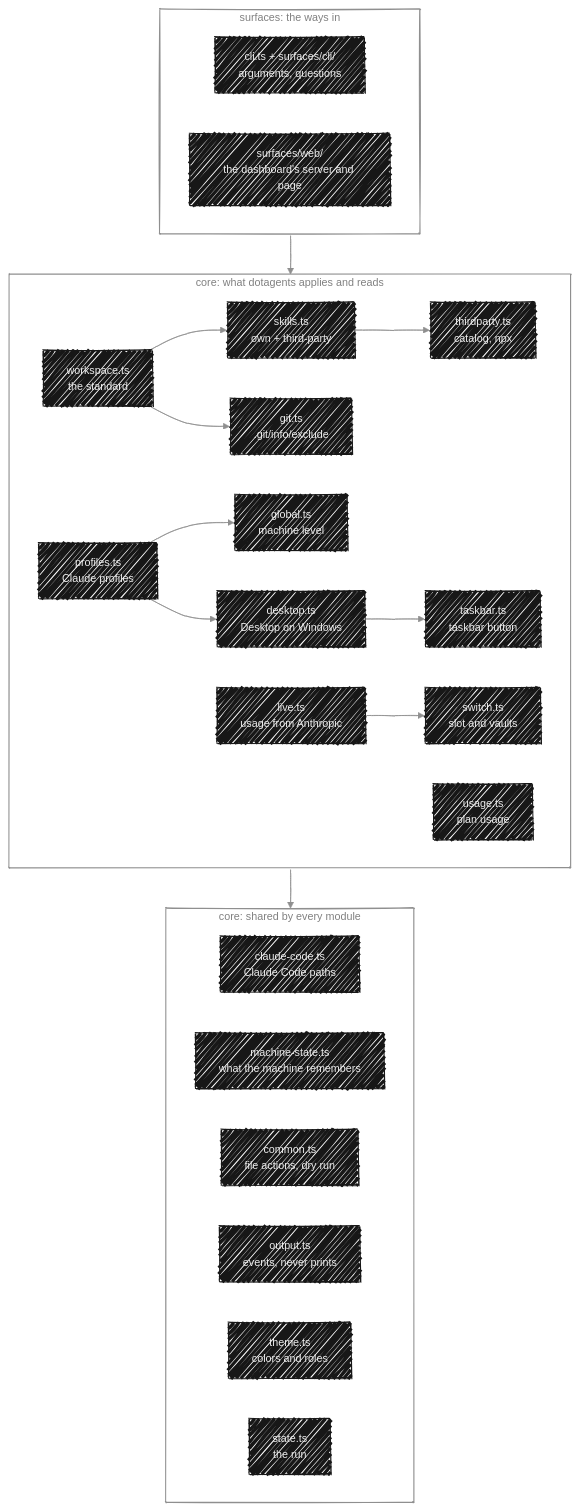
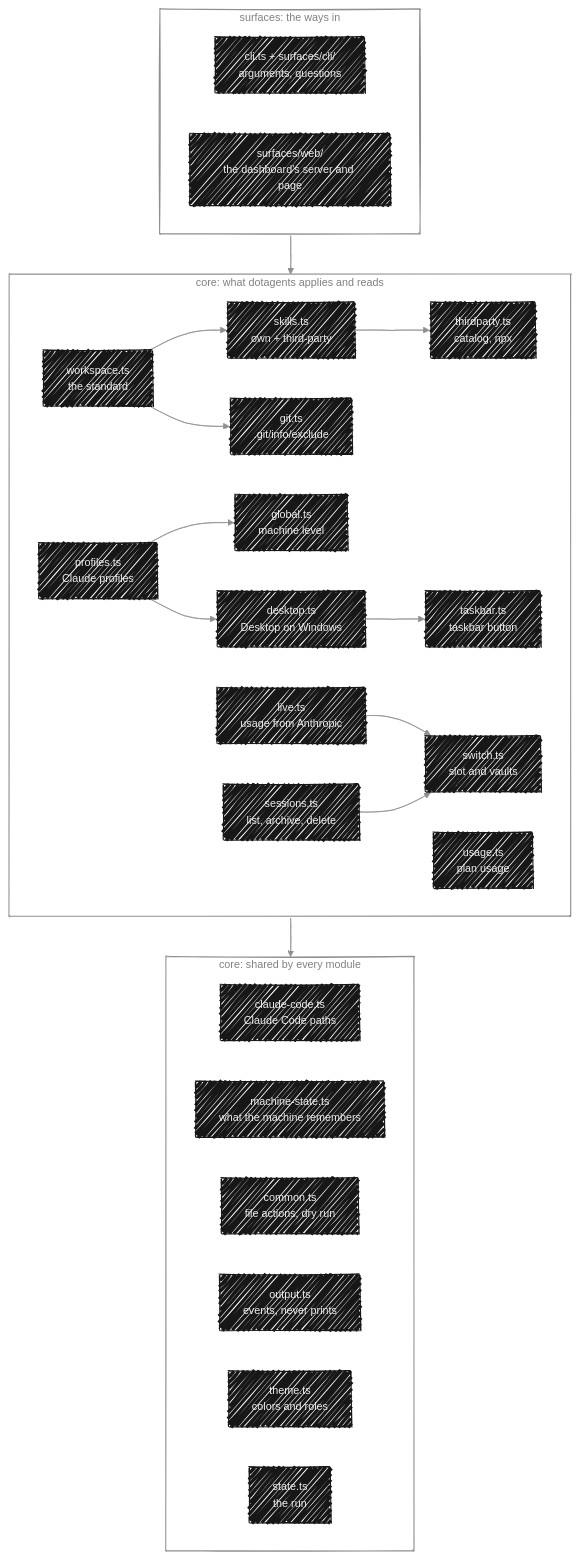
The diagram in docs/architecture.md (dotagents-org/dotagents-core), drawn with Mermaid before and after one commit. The commit also changed other lines of this file and 9 other files, not shown here.

Commit message:
✨ feat(sessions): list sessions on both sides and delete them after archiving

````diff
--- a/docs/architecture.md
+++ b/docs/architecture.md
@@ -36,31 +36,32 @@
 ```mermaid
 %%{init: {"look": "handDrawn", "handDrawnSeed": 3, "theme": "base", "themeVariables": {"fontFamily": "Geist Mono, ui-monospace, SFMono-Regular, Menlo, Consolas, monospace", "fontSize": "14px", "primaryColor": "#171717", "primaryTextColor": "#ededed", "primaryBorderColor": "#171717", "lineColor": "#8f8f8f", "textColor": "#171717", "edgeLabelBackground": "#ededed", "clusterBkg": "transparent", "clusterBorder": "#8f8f8f", "titleColor": "#808080"}}}%%
 flowchart TB
     subgraph surfaces["surfaces: the ways in"]
         direction LR
         cli["cli.ts + surfaces/cli/<br/>arguments, questions"]
         web["surfaces/web/<br/>the dashboard's server and page"]
     end
 
     subgraph features["core: what dotagents applies and reads"]
         direction LR
         workspace["workspace.ts<br/>the standard"] --> skills["skills.ts<br/>own + third-party"] --> thirdparty["thirdparty.ts<br/>catalog, npx"]
         workspace --> git["git.ts<br/>.git/info/exclude"]
         profiles["profiles.ts<br/>Claude profiles"] --> global["global.ts<br/>machine level"]
         profiles --> desktop["desktop.ts<br/>Desktop on Windows"] --> taskbar["taskbar.ts<br/>taskbar button"]
         usage["usage.ts<br/>plan usage"]
         live["live.ts<br/>usage from Anthropic"] --> switch["switch.ts<br/>slot and vaults"]
+        sessions["sessions.ts<br/>list, archive, delete"] --> switch
     end
 
     subgraph shared["core: shared by every module"]
         direction LR
         paths["claude-code.ts<br/>Claude Code paths"]
         memory["machine-state.ts<br/>what the machine remembers"]
         common["common.ts<br/>file actions, dry run"]
         output["output.ts<br/>events, never prints"]
         theme["theme.ts<br/>colors and roles"]
         run["state.ts<br/>the run"]
     end
 
     surfaces --> features --> shared
 ```
````
